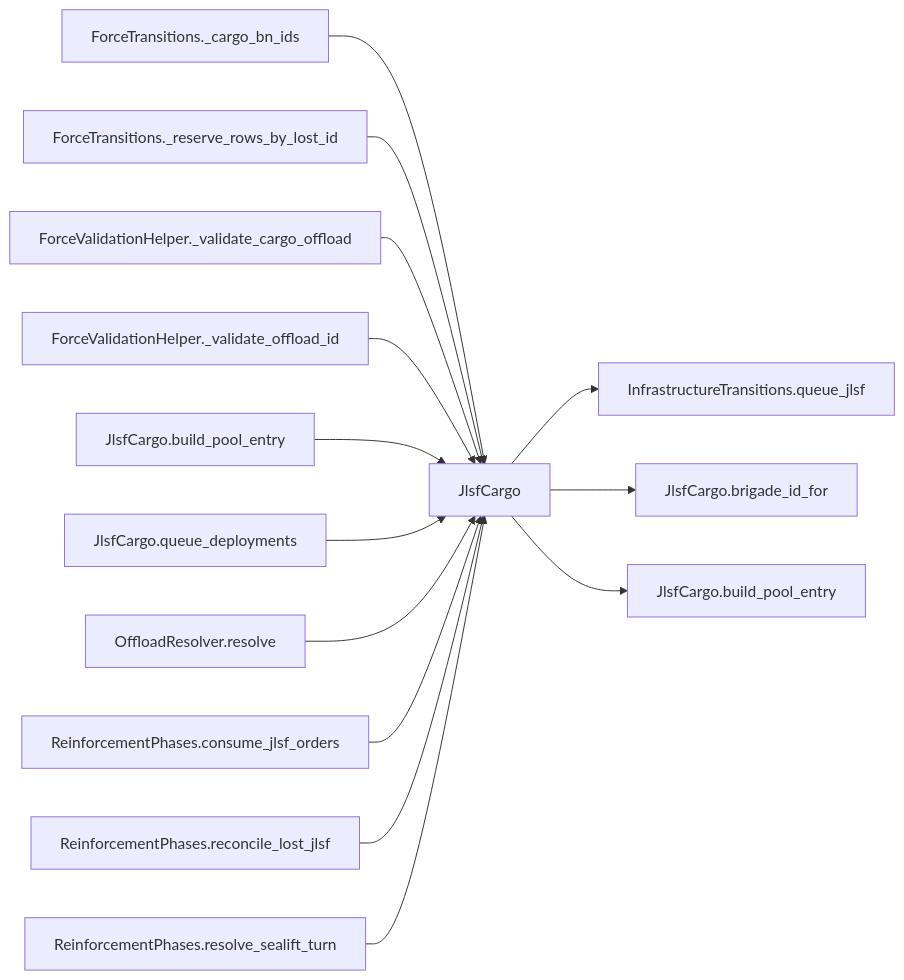
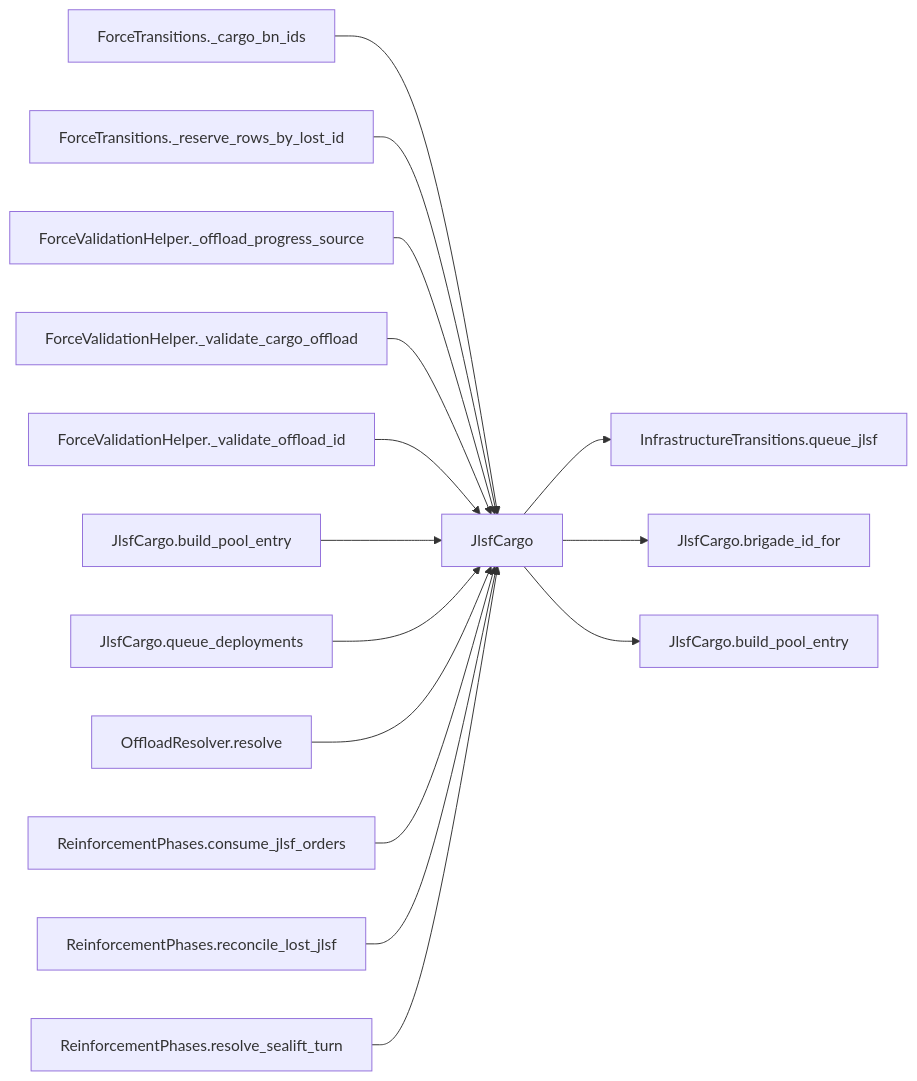
The diagram in docs/presentations/JlsfCargo.md (MCancian/HexCombat), drawn with Mermaid before and after one commit. The commit also changed other lines of this file and 117 other files, not shown here.

````diff
--- a/docs/presentations/JlsfCargo.md
+++ b/docs/presentations/JlsfCargo.md
@@ -36,17 +37,18 @@
 ```mermaid
 flowchart LR
   n_9381f3738995["JlsfCargo"]
   n_9d4aca6db103["ForceTransitions._cargo_bn_ids"] --> n_9381f3738995
   n_c4bbc2bd8619["ForceTransitions._reserve_rows_by_lost_id"] --> n_9381f3738995
+  n_a28c5fd26c26["ForceValidationHelper._offload_progress_source"] --> n_9381f3738995
   n_cb9af4b0f672["ForceValidationHelper._validate_cargo_offload"] --> n_9381f3738995
   n_a51ff7ebde49["ForceValidationHelper._validate_offload_id"] --> n_9381f3738995
   n_6b6a8bf0d32f["JlsfCargo.build_pool_entry"] --> n_9381f3738995
   n_6e1e31491991["JlsfCargo.queue_deployments"] --> n_9381f3738995
   n_2141547e4888["OffloadResolver.resolve"] --> n_9381f3738995
   n_2c15f20016a1["ReinforcementPhases.consume_jlsf_orders"] --> n_9381f3738995
   n_beb2704de310["ReinforcementPhases.reconcile_lost_jlsf"] --> n_9381f3738995
   n_1a7494fde3cf["ReinforcementPhases.resolve_sealift_turn"] --> n_9381f3738995
   n_9381f3738995 --> n_6524e5100006["InfrastructureTransitions.queue_jlsf"]
   n_9381f3738995 --> n_a3577796fcc1["JlsfCargo.brigade_id_for"]
   n_9381f3738995 --> n_37655bbc595e["JlsfCargo.build_pool_entry"]
 ```
````
